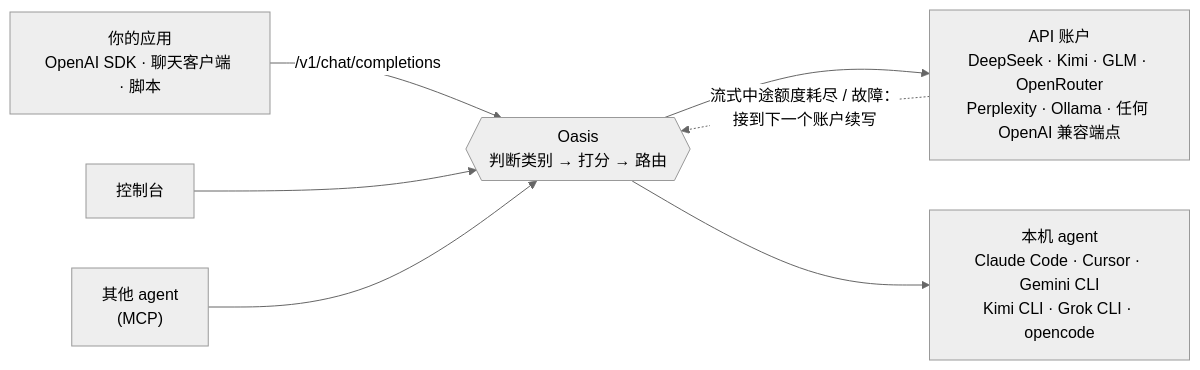
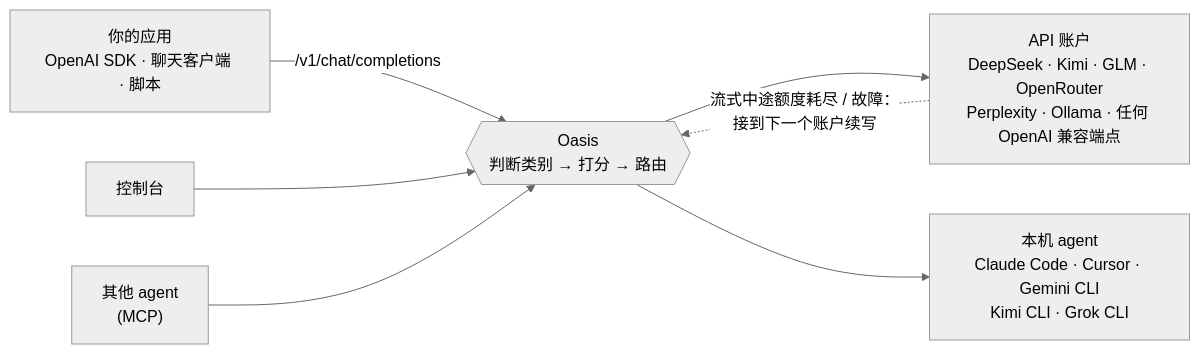
Before and after one commit to vajraimb/hello_riot: the diagram in README.zh-CN.md, drawn with Mermaid (neutral theme). The commit also changed other lines of this file and 15 other files, not shown here.

````diff
--- a/README.zh-CN.md
+++ b/README.zh-CN.md
@@ -75,10 +75,10 @@
 ```mermaid
 flowchart LR
     C["你的应用<br/>OpenAI SDK · 聊天客户端 · 脚本"] -->|"/v1/chat/completions"| O
     U["控制台"] --> O
     M["其他 agent<br/>(MCP)"] --> O
     O{{"Oasis<br/>判断类别 → 打分 → 路由"}}
     O --> A["API 账户<br/>DeepSeek · Kimi · GLM · OpenRouter<br/>Perplexity · Ollama · 任何 OpenAI 兼容端点"]
-    O --> G["本机 agent<br/>Claude Code · Cursor · Gemini CLI<br/>Kimi CLI · Grok CLI · opencode"]
+    O --> G["本机 agent<br/>Claude Code · Cursor · Gemini CLI<br/>Kimi CLI · Grok CLI"]
     A -. "流式中途额度耗尽 / 故障：<br/>接到下一个账户续写" .-> O
 ```
````
